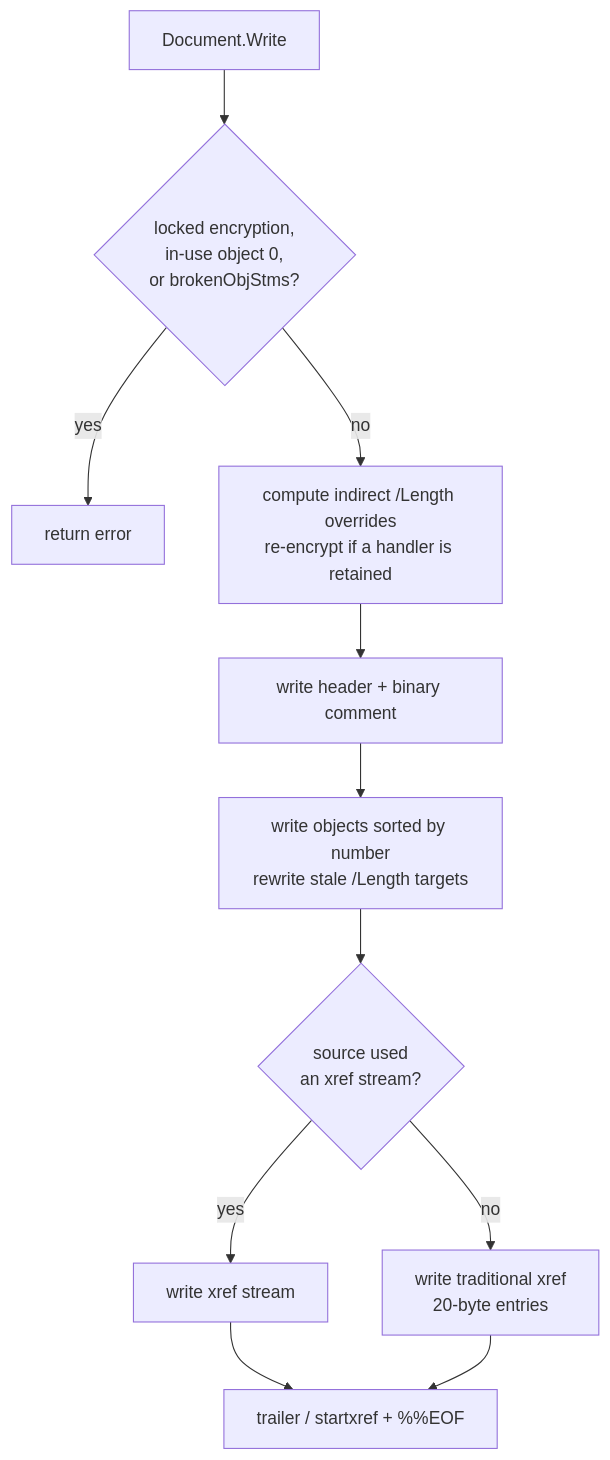
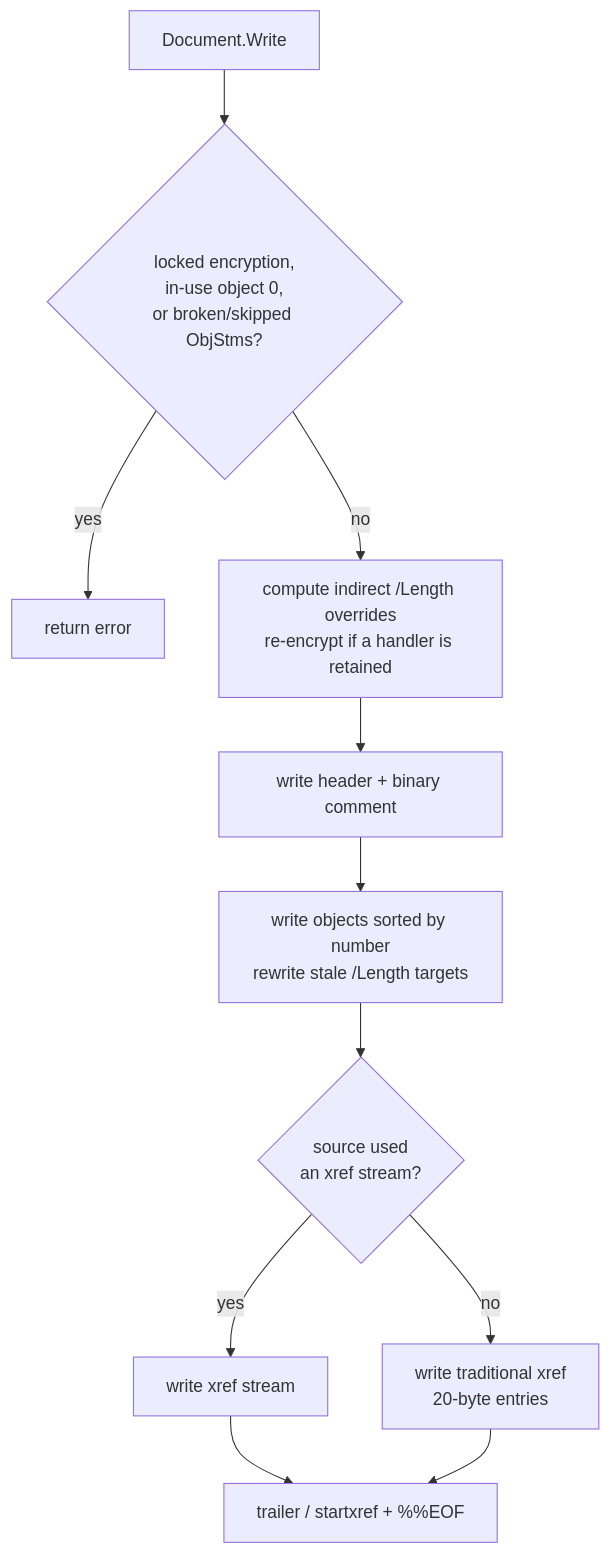
The third of 3 diagrams in docs/architecture.md (mgilbir/pdf0), drawn with Mermaid before and after one commit. The commit also changed other lines of this file and 2 other files, not shown here.

First line of the commit message:
Document typed producer outcomes, skipped object streams and option values

````diff
--- a/docs/architecture.md
+++ b/docs/architecture.md
@@ -210,13 +216,13 @@
 ```mermaid
 flowchart TD
-    A[Document.Write] --> B{locked encryption,<br/>in-use object 0,<br/>or brokenObjStms?}
+    A[Document.Write] --> B{locked encryption,<br/>in-use object 0,<br/>or broken/skipped ObjStms?}
     B -->|yes| X[return error]
     B -->|no| C[compute indirect /Length overrides<br/>re-encrypt if a handler is retained]
     C --> D[write header + binary comment]
     D --> E[write objects sorted by number<br/>rewrite stale /Length targets]
     E --> F{source used<br/>an xref stream?}
     F -->|yes| G1[write xref stream]
     F -->|no| G2[write traditional xref<br/>20-byte entries]
     G1 --> H[trailer / startxref + %%EOF]
     G2 --> H
 ```
````
